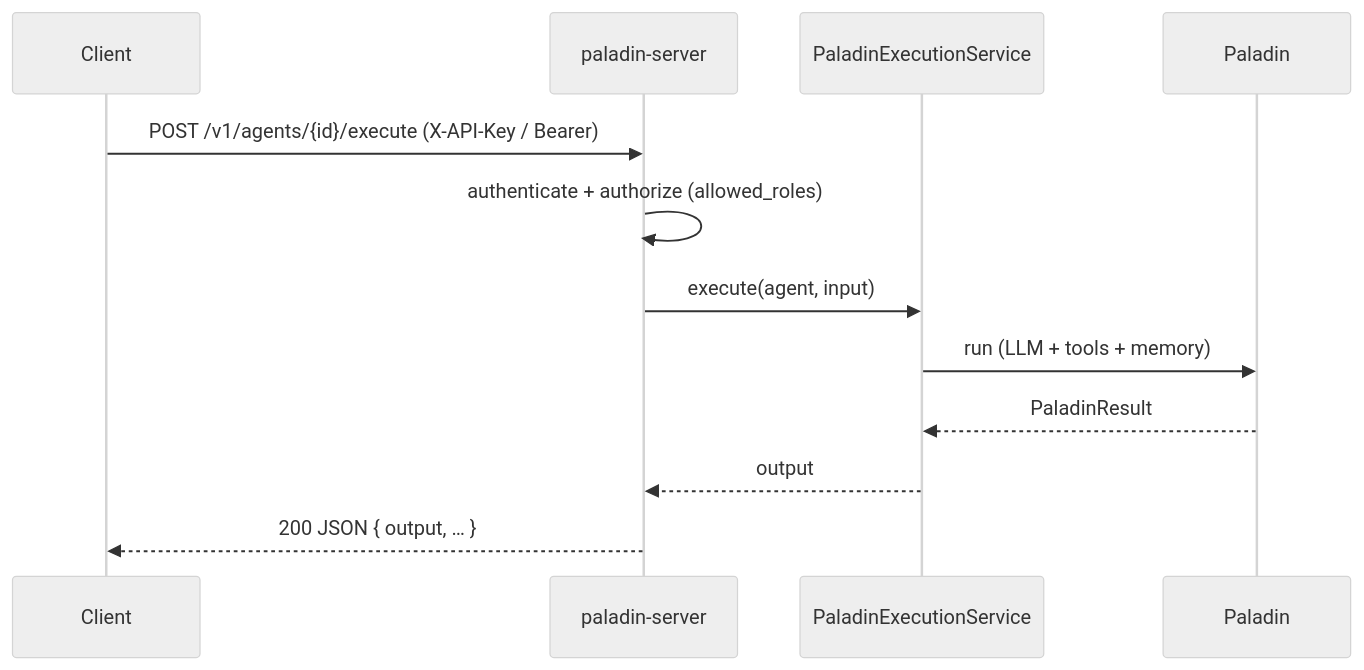
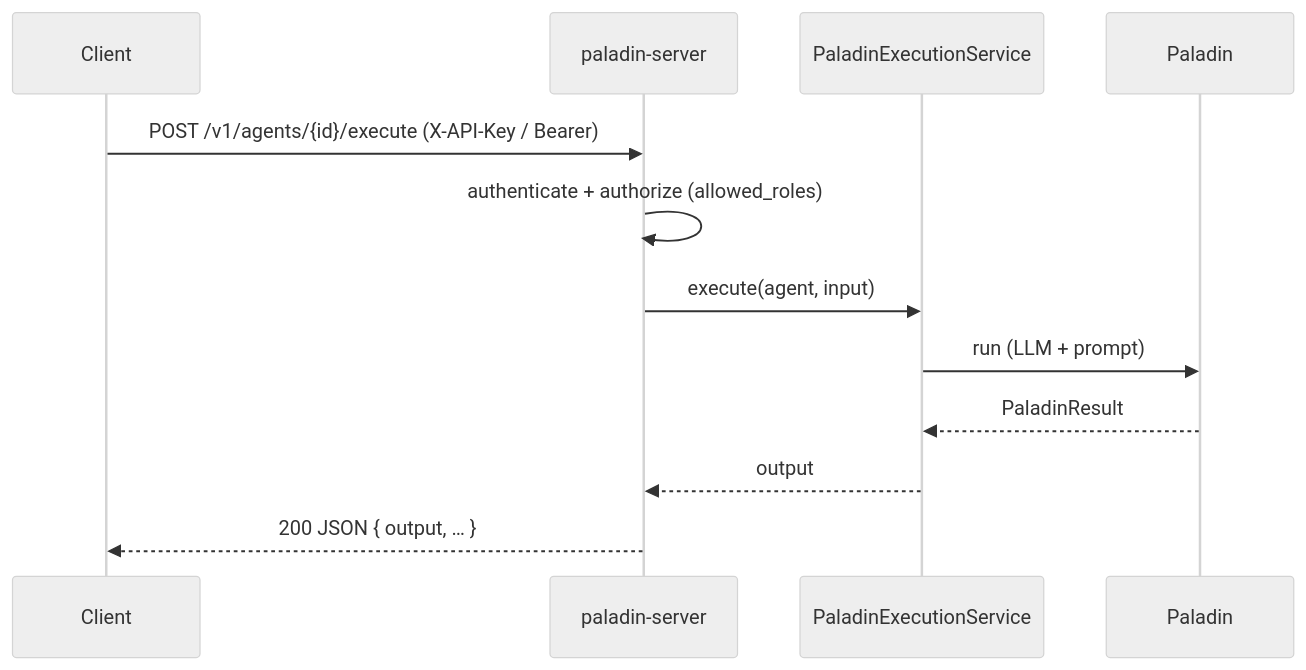
The diagram in docs/src/deployment-topologies/http-service-host.md (Am0rfu5/paladin-dev-env), drawn with Mermaid (neutral theme) before and after one commit. The commit also changed other lines of this file and 1 other file, not shown here.

First line of the commit message:
docs(13-09): correct http-service-host.md capability claim, state limitation in overview.md

````diff
--- a/docs/src/deployment-topologies/http-service-host.md
+++ b/docs/src/deployment-topologies/http-service-host.md
@@ -45,14 +45,14 @@
 ```mermaid
 sequenceDiagram
     participant Client
     participant Server as paladin-server
     participant Service as PaladinExecutionService
     participant Agent as Paladin
     Client->>Server: POST /v1/agents/{id}/execute  (X-API-Key / Bearer)
     Server->>Server: authenticate + authorize (allowed_roles)
     Server->>Service: execute(agent, input)
-    Service->>Agent: run (LLM + tools + memory)
+    Service->>Agent: run (LLM + prompt)
     Agent-->>Service: PaladinResult
     Service-->>Server: output
     Server-->>Client: 200 JSON { output, … }
 ```
````
